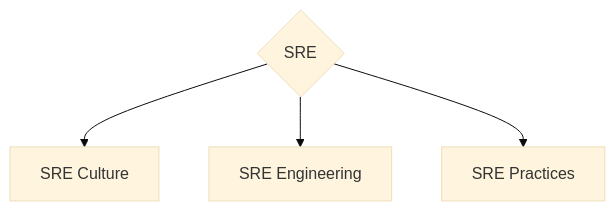
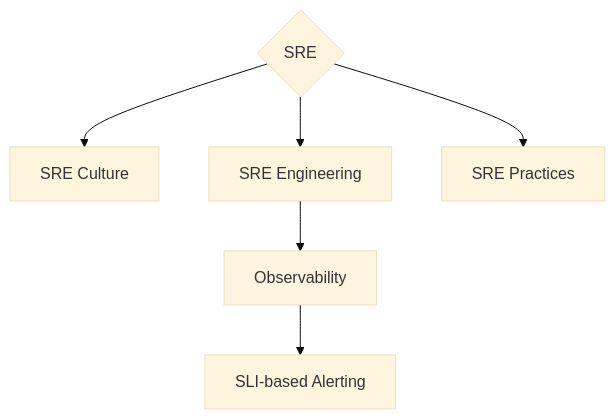
The diagram in README.md (jtprogru/The-Way-of-SRE), drawn with Mermaid (base theme) before and after one commit. The commit also changed other lines of this file, not shown here.

````diff
--- a/README.md
+++ b/README.md
@@ -31,7 +33,16 @@
 ```mermaid
 graph TD
     SRE{SRE}
     SRE --> SRECulture[SRE Culture]
     SRE --> SREEngineering[SRE Engineering]
     SRE --> SREPractices[SRE Practices]
+
+    SREEngineering --> Observability[Observability]
+    Observability --> SLIAlerting[SLI-based Alerting]
+
+    click SRECulture "docs/sre-culture.md" "Перейти к SRE Culture"
+    click SREEngineering "docs/sre-engineering.md" "Перейти к SRE Engineering"
+    click SREPractices "docs/sre-practices.md" "Перейти к SRE Practices"
+    click Observability "docs/sre-engineering.md" "Перейти к Observability"
+    click SLIAlerting "docs/leaves/engineering/sli-based-alerting.md" "Открыть лист SLI-based Alerting"
 ```
````
